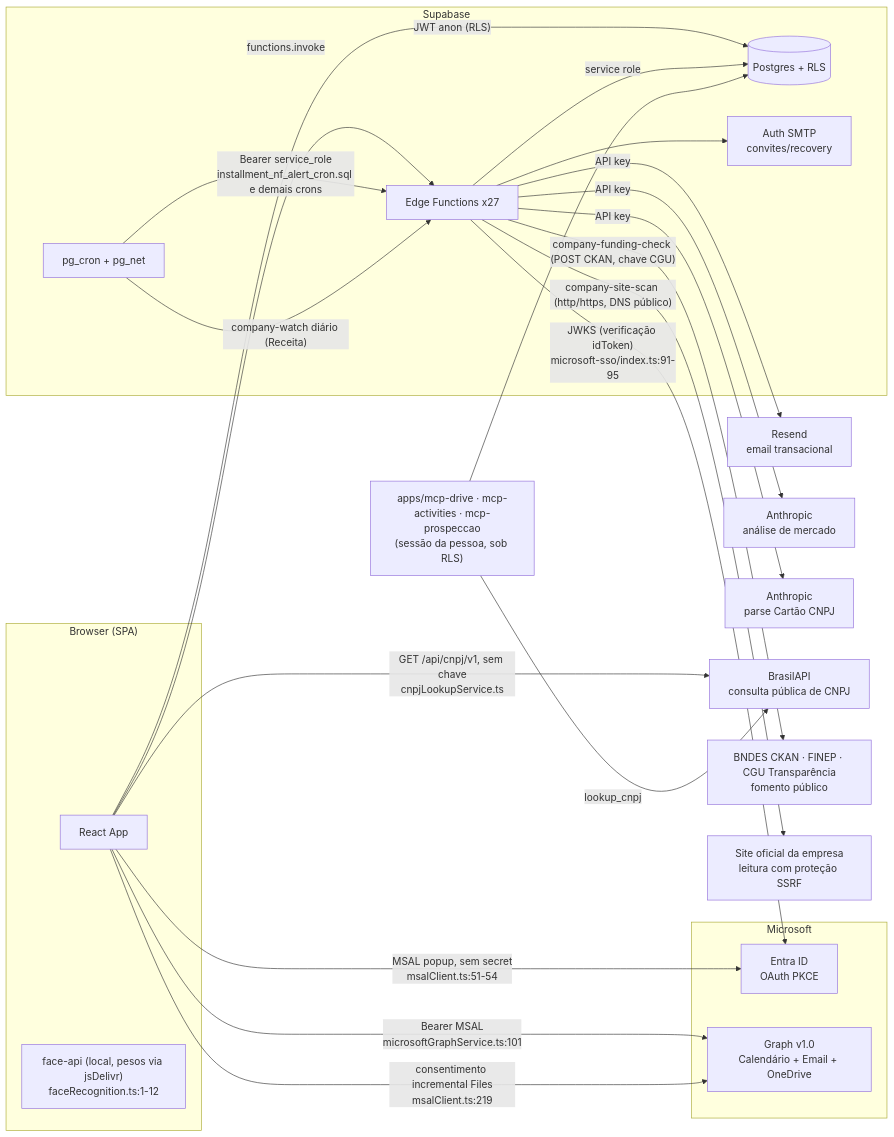
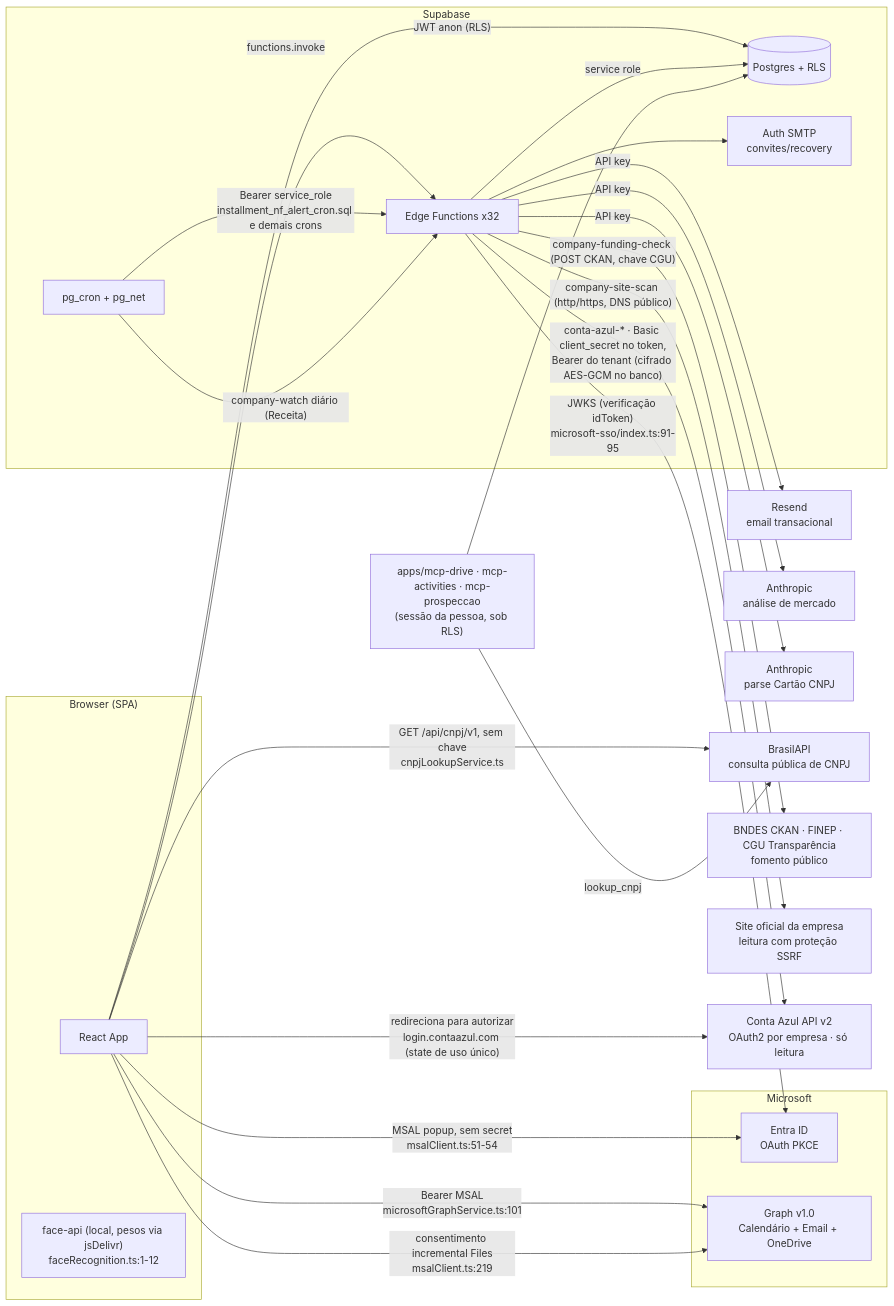
The diagram in .harness/docs/architecture/integrations.md (Origami-Lab-Organization/og-pulse), drawn with Mermaid before and after one commit. The commit also changed other lines of this file and 26 other files, not shown here.

First line of the commit message:
feat(conta-azul): conexão por empresa com o Conta Azul (ADR-0044, parte 1)

````diff
--- a/.harness/docs/architecture/integrations.md
+++ b/.harness/docs/architecture/integrations.md
@@ -32,45 +37,48 @@
 ```mermaid
 flowchart LR
     subgraph Browser["Browser (SPA)"]
         SPA[React App]
         FACE["face-api (local, pesos via jsDelivr)<br/>faceRecognition.ts:1-12"]
     end
 
     subgraph Supabase
         REST[(Postgres + RLS)]
-        EF[Edge Functions x27]
+        EF[Edge Functions x32]
         CRON[pg_cron + pg_net]
         SMTP[Auth SMTP<br/>convites/recovery]
     end
 
     subgraph Microsoft
         ENTRA[Entra ID<br/>OAuth PKCE]
         GRAPH[Graph v1.0<br/>Calendário + Email + OneDrive]
     end
 
     EXT1[Resend<br/>email transacional]
     EXT2[Anthropic<br/>análise de mercado]
     EXT3[Anthropic<br/>parse Cartão CNPJ]
     EXT4[BrasilAPI<br/>consulta pública de CNPJ]
     EXT5[BNDES CKAN · FINEP · CGU Transparência<br/>fomento público]
     EXT6[Site oficial da empresa<br/>leitura com proteção SSRF]
+    EXT7[Conta Azul API v2<br/>OAuth2 por empresa · só leitura]
 
     SPA -->|"JWT anon (RLS)"| REST
     SPA -->|functions.invoke| EF
     SPA -->|"MSAL popup, sem secret<br/>msalClient.ts:51-54"| ENTRA
     SPA -->|"Bearer MSAL<br/>microsoftGraphService.ts:101"| GRAPH
     SPA -->|"consentimento incremental Files<br/>msalClient.ts:219"| GRAPH
     CRON -->|"Bearer service_role<br/>installment_nf_alert_cron.sql e demais crons"| EF
     EF -->|service role| REST
     EF -->|"JWKS (verificação idToken)<br/>microsoft-sso/index.ts:91-95"| ENTRA
     EF -->|API key| EXT1
     EF -->|API key| EXT2
     EF -->|API key| EXT3
     EF --> SMTP
     EF -->|"company-funding-check (POST CKAN, chave CGU)"| EXT5
     EF -->|"company-site-scan (http/https, DNS público)"| EXT6
+    SPA -->|"redireciona para autorizar<br/>login.contaazul.com (state de uso único)"| EXT7
+    EF -->|"conta-azul-* · Basic client_secret no token,<br/>Bearer do tenant (cifrado AES-GCM no banco)"| EXT7
     CRON -->|"company-watch diário (Receita)"| EF
     SPA -->|"GET /api/cnpj/v1, sem chave<br/>cnpjLookupService.ts"| EXT4
     MCP["apps/mcp-drive · mcp-activities · mcp-prospeccao<br/>(sessão da pessoa, sob RLS)"] --> REST
     MCP -->|"lookup_cnpj"| EXT4
 ```
````
